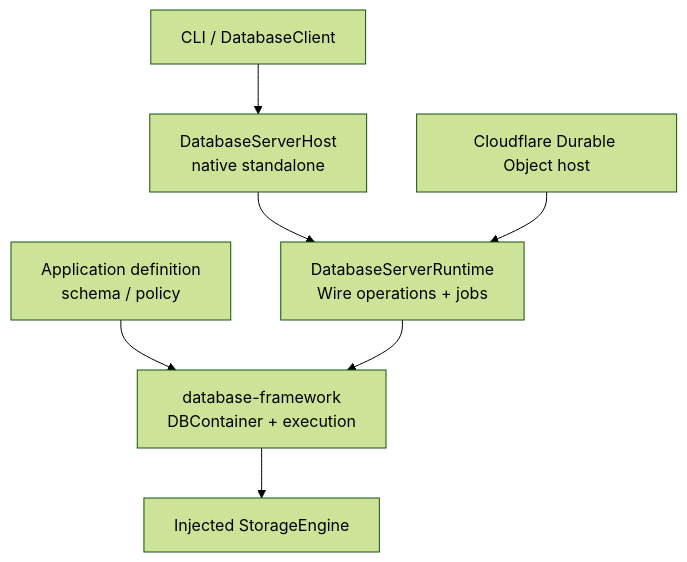
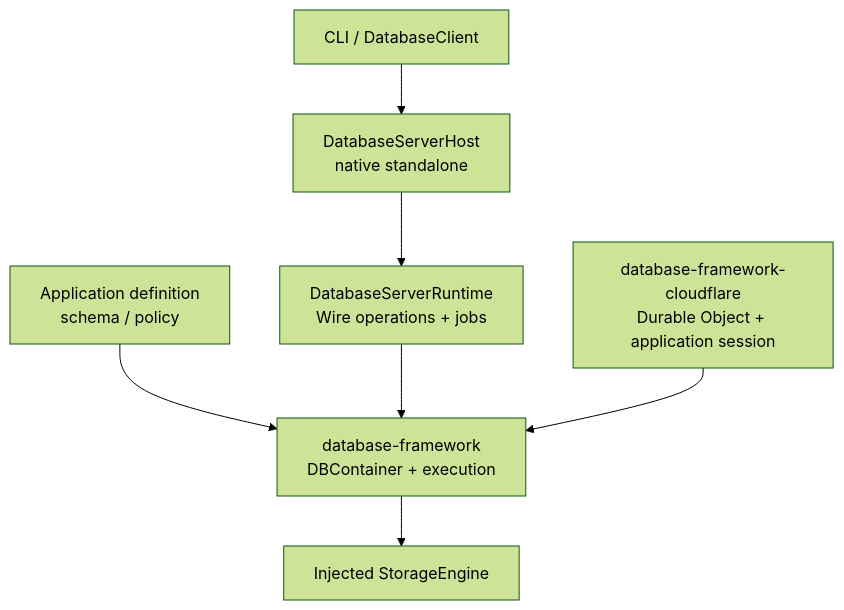
One commit to 1amageek/database-framework changed the diagram in docs/architecture.md. Above: the diagram before and after it, drawn with Mermaid (forest theme). The commit also changed other lines of this file and 103 other files, not shown here.

```diff
--- a/docs/architecture.md
+++ b/docs/architecture.md
@@ -59,9 +71,9 @@
 ~~~mermaid
 flowchart TB
     Definition["Application definition<br/>schema / policy"] --> Framework["database-framework<br/>DBContainer + execution"]
     Framework --> Engine["Injected StorageEngine"]
     NativeHost["DatabaseServerHost<br/>native standalone"] --> ServerRuntime["DatabaseServerRuntime<br/>Wire operations + jobs"]
-    Cloudflare["Cloudflare Durable Object host"] --> ServerRuntime
     ServerRuntime --> Framework
+    Cloudflare["database-framework-cloudflare<br/>Durable Object + application session"] --> Framework
     Remote["CLI / DatabaseClient"] --> NativeHost
 ~~~
```
